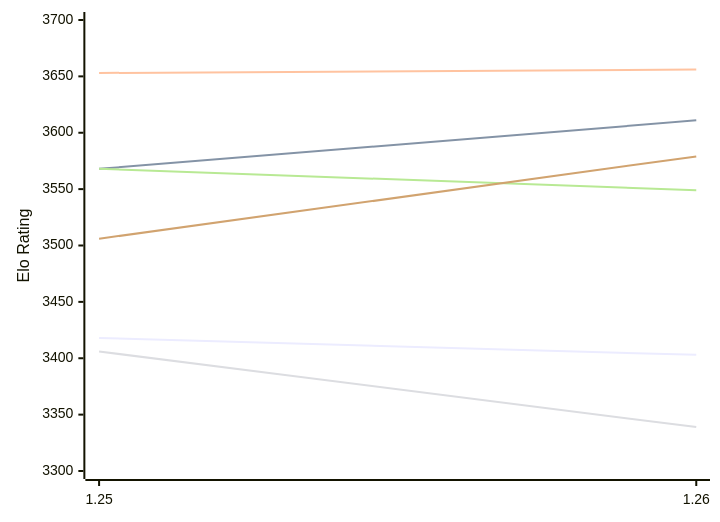
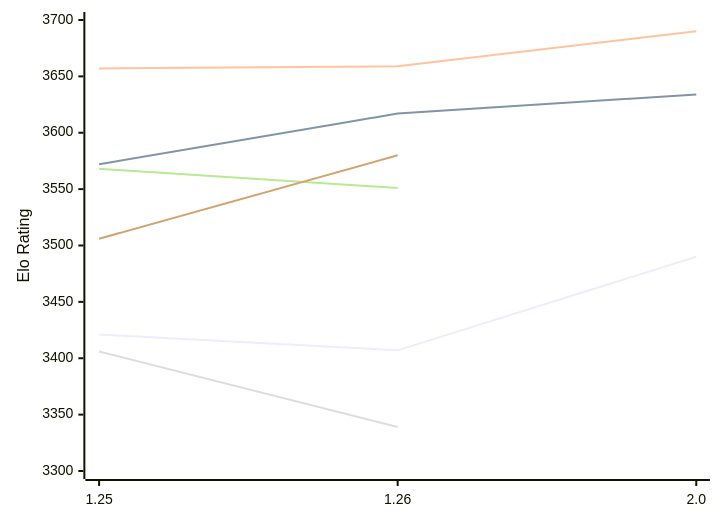
Before and after one commit to computer-chess-index/cci: the first of 2 diagrams in engines/Caissa.md, drawn with Mermaid. The commit also changed other lines of this file, not shown here.

Commit message:
Update CCI Ratings (ELO VLTC) - 2026-11-22

````diff
--- a/engines/Caissa.md
+++ b/engines/Caissa.md
@@ -56,12 +57,12 @@
 ```mermaid
 %%{init: {"theme":"base","themeVariables":{"seriesColors:['#a3a3a3','#222221','#faa371']}}}%%
 xychart-beta
-  x-axis ["1.25", "1.26"]
+  x-axis ["1.25", "1.26", "2.0"]
   y-axis "Elo Rating" 3300 --> 3700
-  line "E1: STC (8.0+0.08s)" [3418, 3403]
-  line "E1: LTC (60.0+0.60s)" [3568, 3611]
-  line "E1: VLTC (2m24s+1.12s)" [3653, 3656]
+  line "E1: STC (8.0+0.08s)" [3421, 3407, 3490]
+  line "E1: LTC (60.0+0.60s)" [3572, 3617, 3634]
+  line "E1: VLTC (2m24s+1.12s)" [3657, 3659, 3690]
   line "P1: STC (8.0+0.08s)" [3406, 3339]
-  line "P1: LTC (60.0+0.60s)" [3568, 3549]
-  line "P1: VLTC (2m24s+1.12s)" [3506, 3579]
+  line "P1: LTC (60.0+0.60s)" [3568, 3551]
+  line "P1: VLTC (2m24s+1.12s)" [3506, 3580]
 ```
````
